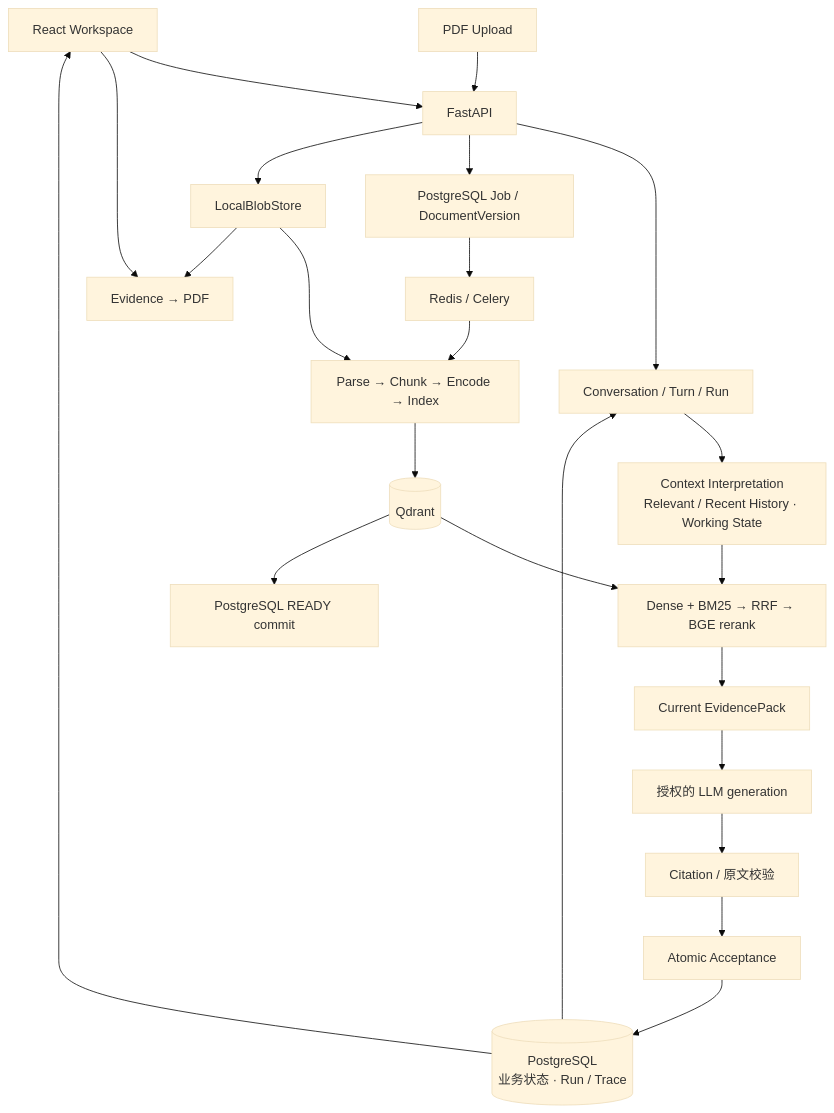
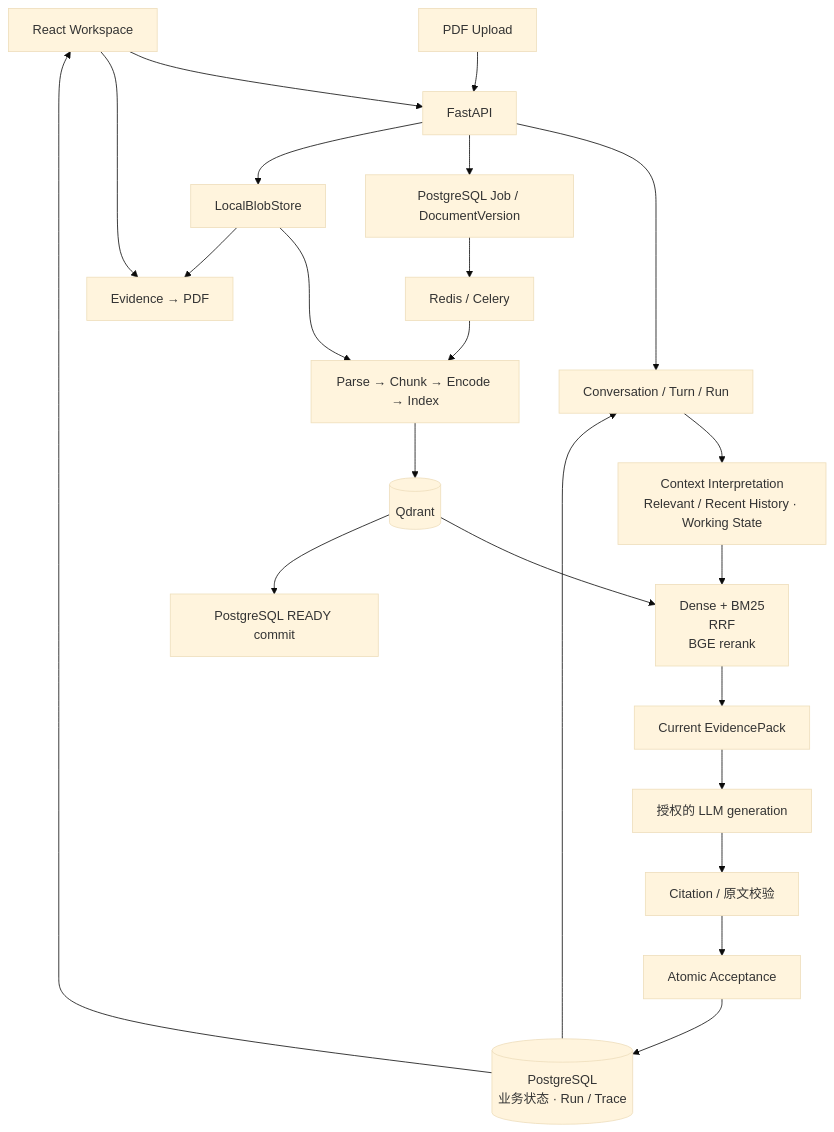
Before and after one commit to BillZhao626/CiteWeave: the diagram in README.md, drawn with Mermaid (base theme).

Commit message:
Fix README retrieval label wrapping in GitHub Mermaid

````diff
--- a/README.md
+++ b/README.md
@@ -28,25 +28,25 @@
 ```mermaid
 flowchart TB
     UI[React Workspace] --> API[FastAPI]
     API --> Run[Conversation / Turn / Run]
     Run --> Context[Context Interpretation<br/>Relevant / Recent History · Working State]
-    Context --> Retrieval[Dense + BM25 → RRF → BGE rerank]
+    Context --> Retrieval["Dense + BM25<br/>RRF<br/>BGE rerank"]
     QD[(Qdrant)] --> Retrieval
     Retrieval --> Pack[Current EvidencePack]
     Pack --> LLM[授权的 LLM generation]
     LLM --> Validate[Citation / 原文校验]
     Validate --> Accept[Atomic Acceptance]
     Accept --> PG[(PostgreSQL<br/>业务状态 · Run / Trace)]
     PG --> Run
     PG --> UI
     Upload[PDF Upload] --> API
     API --> Job[PostgreSQL Job / DocumentVersion]
     API --> Blob[LocalBlobStore]
     Job --> Broker[Redis / Celery]
     Broker --> Ingest[Parse → Chunk → Encode → Index]
     Blob --> Ingest
     Ingest --> QD
     QD --> Ready[PostgreSQL READY commit]
     Blob --> PDF[Evidence → PDF]
     UI --> PDF
 ```
````
